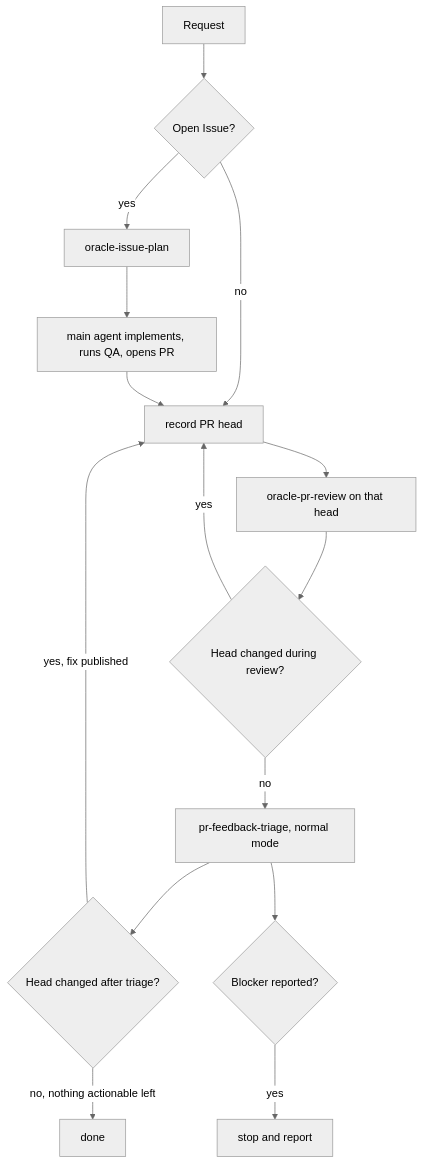
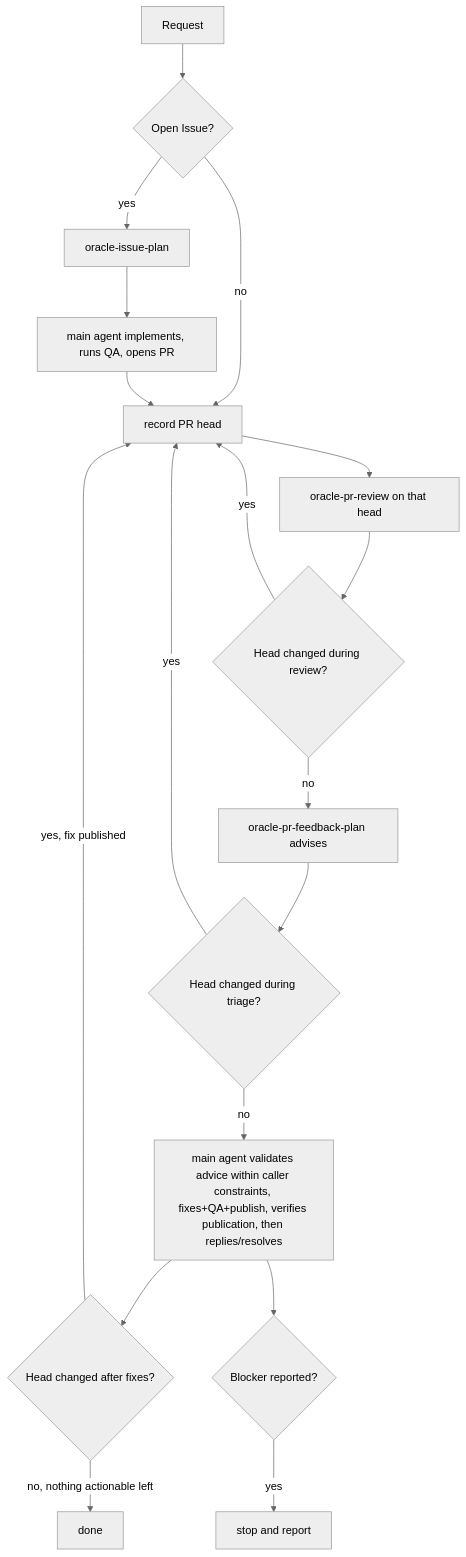
One commit to dceoy/oracle-pr-loop changed the diagram in skills/oracle-pr-loop/SKILL.md. Above: the diagram before and after it, drawn with Mermaid (neutral theme). The commit also changed other lines of this file and 8 other files, not shown here.

First line of the commit message:
Refactor pr-feedback-triage into oracle-pr-feedback-plan (#87)

````diff
--- a/skills/oracle-pr-loop/SKILL.md
+++ b/skills/oracle-pr-loop/SKILL.md
@@ -67,16 +88,19 @@
 ```mermaid
 flowchart TD
   Request --> Issue{Open Issue?}
   Issue -->|yes| Plan[oracle-issue-plan] --> Implement[main agent implements, runs QA, opens PR]
   Issue -->|no| Head[record PR head]
   Implement --> Head
   Head --> Review[oracle-pr-review on that head]
   Review --> HeadMoved{Head changed during review?}
   HeadMoved -->|yes| Head
-  HeadMoved -->|no| Triage[pr-feedback-triage, normal mode]
-  Triage --> HeadAfter{Head changed after triage?}
+  HeadMoved -->|no| Triage[oracle-pr-feedback-plan advises]
+  Triage --> TriageHeadMoved{Head changed during triage?}
+  TriageHeadMoved -->|yes| Head
+  TriageHeadMoved -->|no| Act[main agent validates advice within caller constraints, fixes+QA+publish, verifies publication, then replies/resolves]
+  Act --> HeadAfter{Head changed after fixes?}
   HeadAfter -->|yes, fix published| Head
   HeadAfter -->|no, nothing actionable left| Done[done]
-  Triage --> Blocker{Blocker reported?}
+  Act --> Blocker{Blocker reported?}
   Blocker -->|yes| Stop[stop and report]
 ```
````
